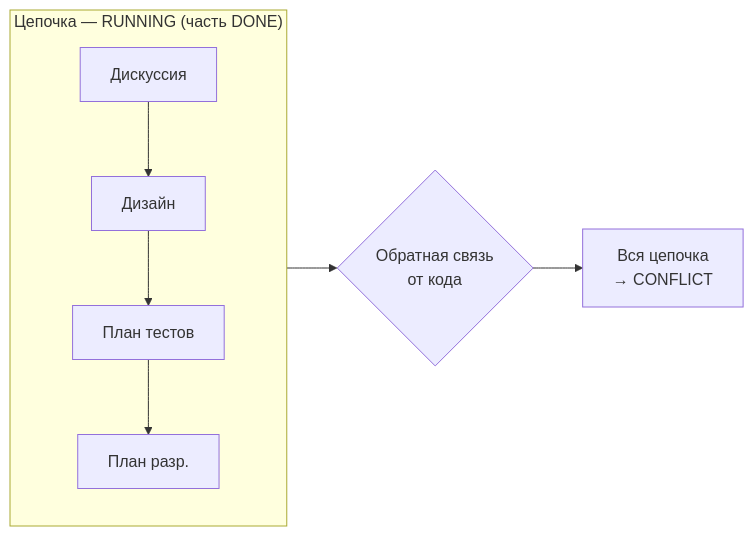
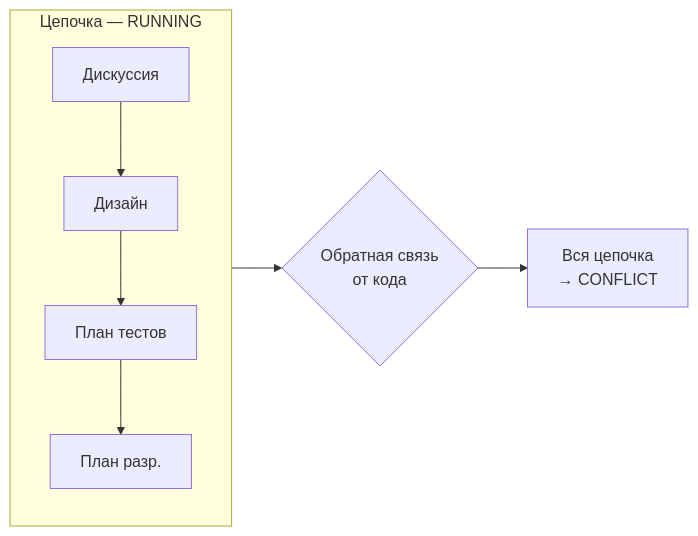
Before and after one commit to NSEvteev/FullSpec: the fourth of 6 diagrams in specs/.instructions/analysis/standard-analysis.md, drawn with Mermaid. The commit also changed other lines of this file, not shown here.

First line of the commit message:
fix: DONE — финальный статус, убраны переходы DONE→CONFLICT и DONE→ROLLING_BACK

````diff
--- a/specs/.instructions/analysis/standard-analysis.md
+++ b/specs/.instructions/analysis/standard-analysis.md
@@ -494,13 +489,13 @@
 ```mermaid
 graph LR
-    subgraph before["Цепочка — RUNNING (часть DONE)"]
+    subgraph before["Цепочка — RUNNING"]
         direction TB
         D["Дискуссия"] --> DE["Дизайн"]
         DE --> T["План тестов"] --> P["План разр."]
     end
 
     TRIGGER{"Обратная связь<br/>от кода"}
     RESULT["Вся цепочка<br/>→ CONFLICT"]
 
     before --> TRIGGER --> RESULT
 ```
````
